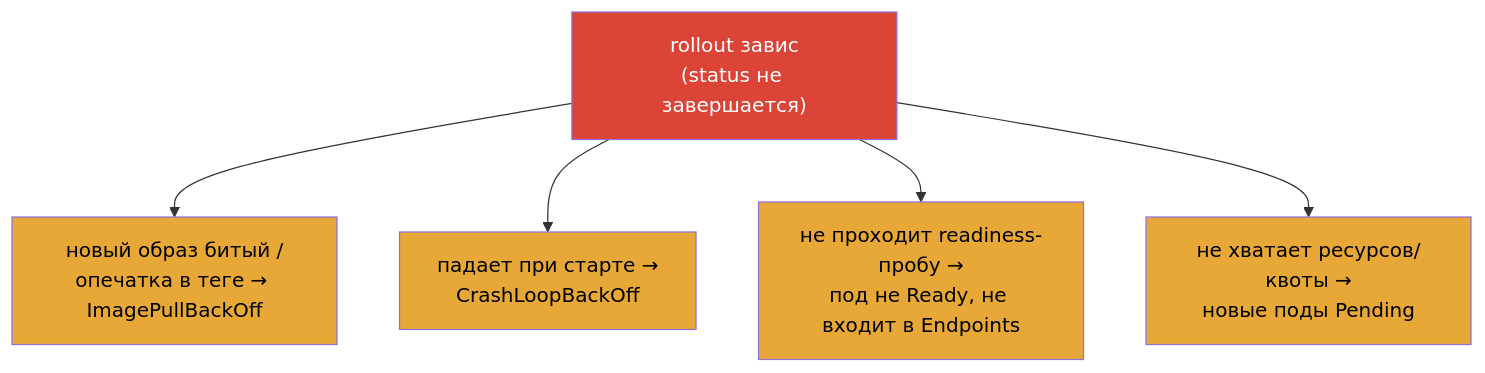
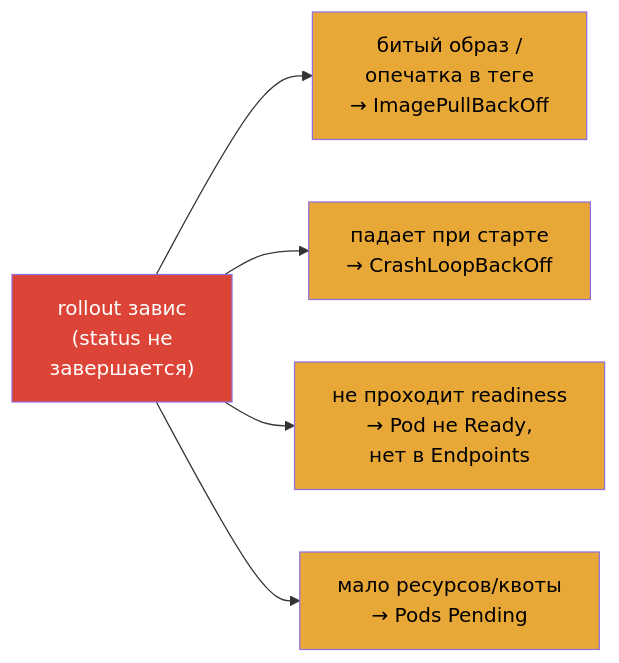
One commit to ViktorUJ/cks changed the fifth of 6 diagrams in tasks/cka/course/08/ru.md. Above: the diagram before and after it, drawn with Mermaid. The commit also changed other lines of this file and 1 other file, not shown here.

````diff
--- a/tasks/cka/course/08/ru.md
+++ b/tasks/cka/course/08/ru.md
@@ -188,13 +226,13 @@
 ```mermaid
-flowchart TB
-    stuck["rollout завис<br>(status не завершается)"]
-    stuck --> c1["новый образ битый /<br>опечатка в теге → ImagePullBackOff"]
-    stuck --> c2["падает при старте →<br>CrashLoopBackOff"]
-    stuck --> c3["не проходит readiness-пробу →<br>под не Ready, не входит в Endpoints"]
-    stuck --> c4["не хватает ресурсов/квоты →<br>новые поды Pending"]
+flowchart LR
+    stuck["rollout завис<br>(status не<br>завершается)"]
+    stuck --> c1["битый образ /<br>опечатка в теге<br>→ ImagePullBackOff"]
+    stuck --> c2["падает при старте<br>→ CrashLoopBackOff"]
+    stuck --> c3["не проходит readiness<br>→ Pod не Ready,<br>нет в Endpoints"]
+    stuck --> c4["мало ресурсов/квоты<br>→ Pods Pending"]
     style stuck fill:#db4437,color:#fff
     style c1 fill:#e8a838,color:#000
     style c2 fill:#e8a838,color:#000
     style c3 fill:#e8a838,color:#000
     style c4 fill:#e8a838,color:#000
 ```
````
